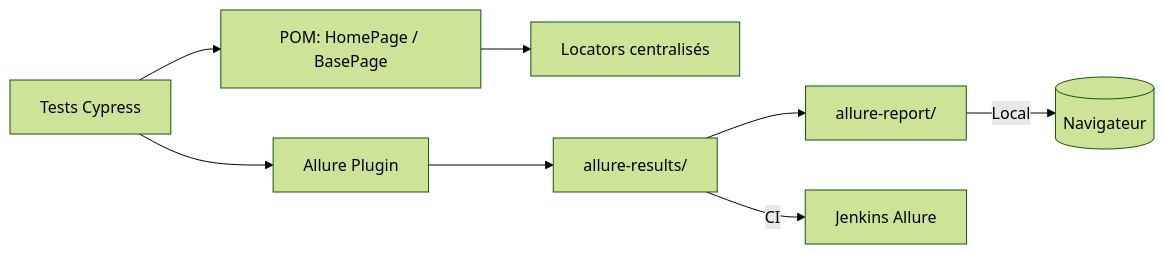
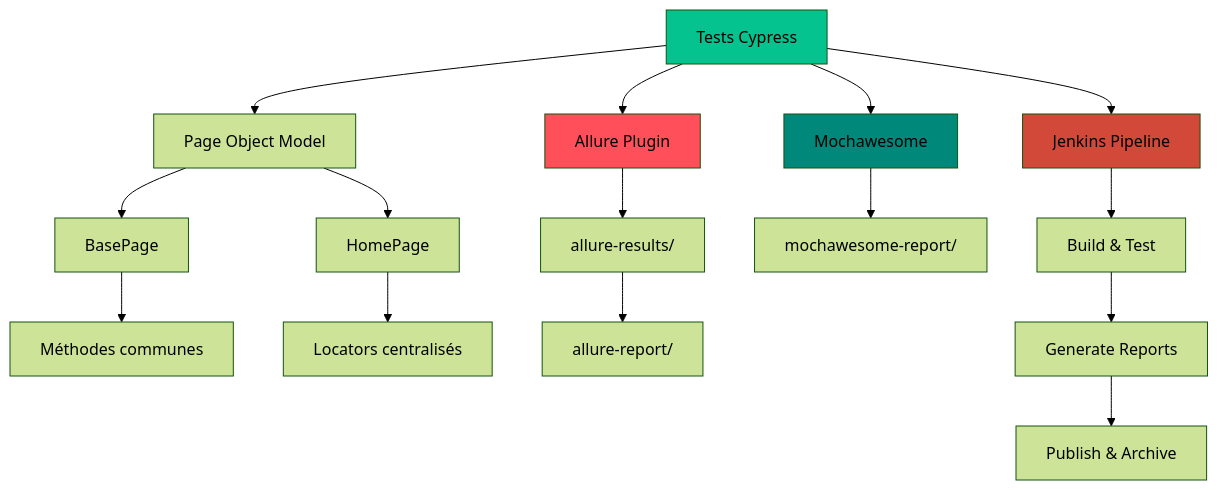
Before and after one commit to hakantetik44/reversio-cypress-automation: the first of 2 diagrams in README.md, drawn with Mermaid (forest theme). The commit also changed other lines of this file, not shown here.

````diff
--- a/README.md
+++ b/README.md
@@ -49,10 +91,25 @@
 ```mermaid
-flowchart LR
-  A[Tests Cypress] --> B[POM: HomePage / BasePage]
-  B --> C[Locators centralisés]
-  A --> D[Allure Plugin]
-  D --> E[allure-results/]
-  E --> F[allure-report/]
-  F -->|Local| G[(Navigateur)]
-  E -->|CI| H[Jenkins Allure]
+graph TB
+    A[Tests Cypress] --> B[Page Object Model]
+    B --> C[BasePage]
+    B --> D[HomePage]
+    C --> E[Méthodes communes]
+    D --> F[Locators centralisés]
+    
+    A --> G[Allure Plugin]
+    G --> H[allure-results/]
+    H --> I[allure-report/]
+    
+    A --> J[Mochawesome]
+    J --> K[mochawesome-report/]
+    
+    A --> L[Jenkins Pipeline]
+    L --> M[Build & Test]
+    M --> N[Generate Reports]
+    N --> O[Publish & Archive]
+    
+    style A fill:#04C38E
+    style G fill:#FF4F5A
+    style J fill:#00897B
+    style L fill:#D24939
 ```
````
